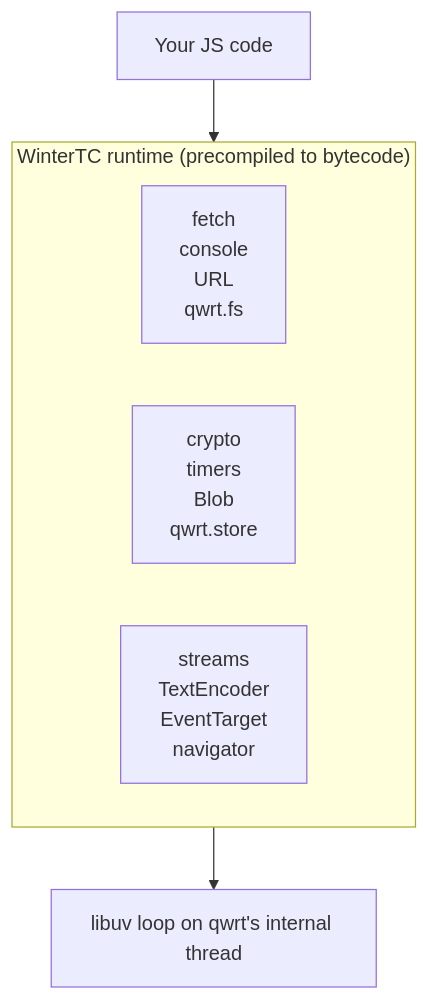
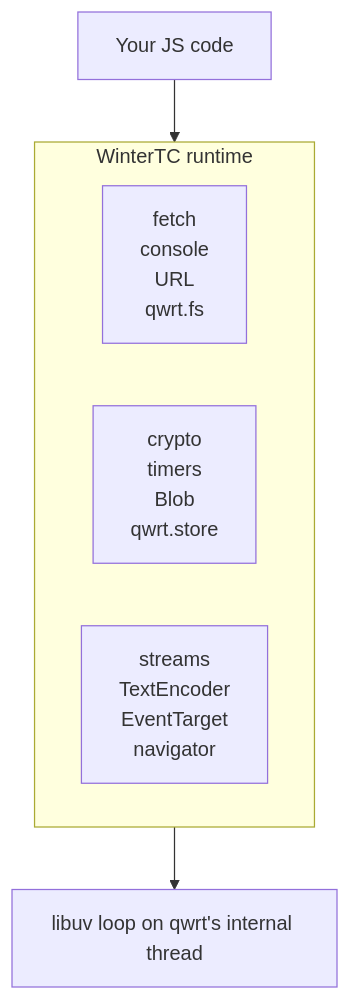
Before and after one commit to adam-ikari/qwrt: the diagram in docs/js-api/index.md, drawn with Mermaid. The commit also changed other lines of this file and 1 other file, not shown here.

Commit message:
docs(js-api): 去掉'预编译为字节码/注入运行时'提法——内部加载机制不外露\n\njs-api/index 正文与架构图不再解释 WinterTC 模块如何加载（bytecode 注入），\n只讲全局对象可用性。保留 guide/bytecode 页（那是公开特性：用户自己用 qjsc\n编译字节码）。126 URLs，0 dead link。

````diff
--- a/docs/js-api/index.md
+++ b/docs/js-api/index.md
@@ -12,11 +12,11 @@
 ```mermaid
 flowchart TB
     A["Your JS code"] --> B
-    subgraph B["WinterTC runtime (precompiled to bytecode)"]
+    subgraph B["WinterTC runtime"]
         direction LR
         C["fetch<br/>console<br/>URL<br/>qwrt.fs"]
         D["crypto<br/>timers<br/>Blob<br/>qwrt.store"]
         E["streams<br/>TextEncoder<br/>EventTarget<br/>navigator"]
     end
     B --> G["libuv loop on qwrt's internal thread"]
 ```
````
